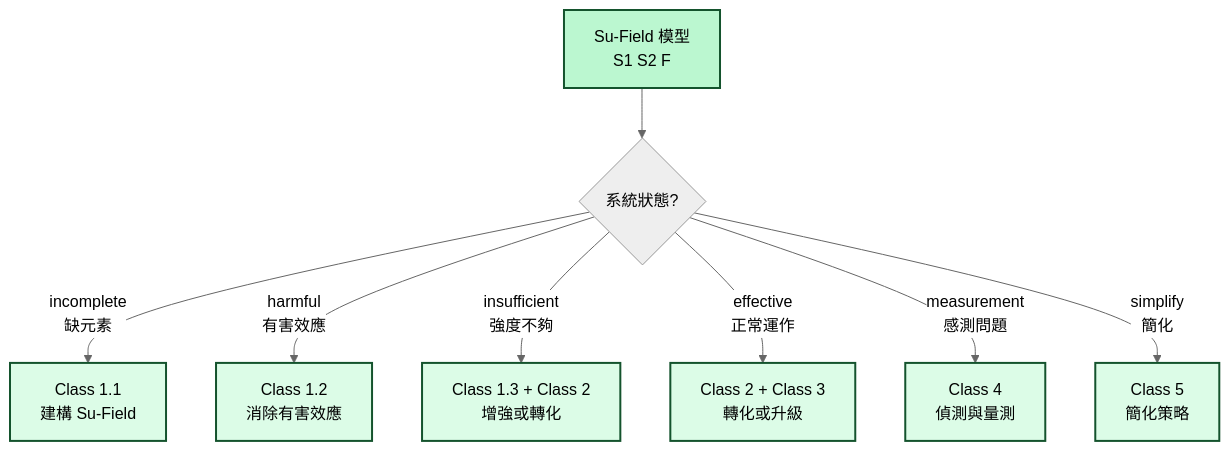
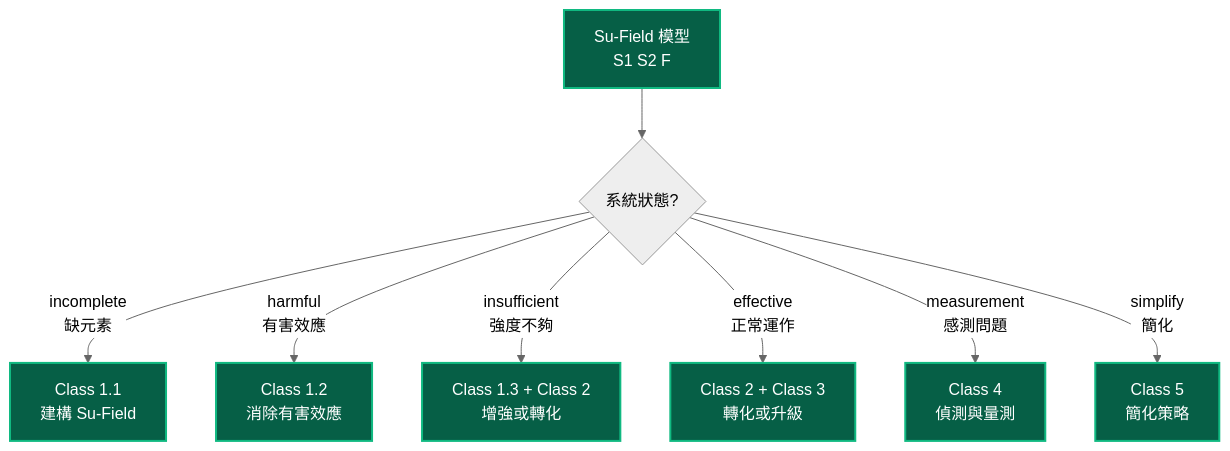
One commit to Zenobia0000/RD_copilot_system changed diagram 11 of 31 in docs/01-define/diagrams/appendix-b--forward-triz-solver.md. Above: the diagram before and after it, drawn with Mermaid. The commit also changed other lines of this file and 10 other files, not shown here.

First line of the commit message:
docs(diagrams): Gate 審計修復 + diagrams 缺失補齊 + Mermaid 暗色配色

````diff
--- a/docs/01-define/diagrams/appendix-b--forward-triz-solver.md
+++ b/docs/01-define/diagrams/appendix-b--forward-triz-solver.md
@@ -588,21 +588,21 @@
 ```mermaid
 %%{init: {'theme': 'neutral'}}%%
 graph TB
     SF[Su-Field 模型<br/>S1 S2 F]
 
     SF --> ST{系統狀態?}
     ST -->|incomplete<br/>缺元素| C1[Class 1.1<br/>建構 Su-Field]
     ST -->|harmful<br/>有害效應| C12[Class 1.2<br/>消除有害效應]
     ST -->|insufficient<br/>強度不夠| C13[Class 1.3 + Class 2<br/>增強或轉化]
     ST -->|effective<br/>正常運作| C23[Class 2 + Class 3<br/>轉化或升級]
     ST -->|measurement<br/>感測問題| C4[Class 4<br/>偵測與量測]
     ST -->|simplify<br/>簡化| C5[Class 5<br/>簡化策略]
 
-    style SF fill:#bbf7d0,stroke:#14532d,stroke-width:2px,color:#000
-    style C1 fill:#dcfce7,stroke:#14532d,stroke-width:2px,color:#000
-    style C12 fill:#dcfce7,stroke:#14532d,stroke-width:2px,color:#000
-    style C13 fill:#dcfce7,stroke:#14532d,stroke-width:2px,color:#000
-    style C23 fill:#dcfce7,stroke:#14532d,stroke-width:2px,color:#000
-    style C4 fill:#dcfce7,stroke:#14532d,stroke-width:2px,color:#000
-    style C5 fill:#dcfce7,stroke:#14532d,stroke-width:2px,color:#000
+    style SF fill:#065F46,color:#fff,stroke:#10B981,stroke-width:2px
+    style C1 fill:#065F46,color:#fff,stroke:#10B981,stroke-width:2px
+    style C12 fill:#065F46,color:#fff,stroke:#10B981,stroke-width:2px
+    style C13 fill:#065F46,color:#fff,stroke:#10B981,stroke-width:2px
+    style C23 fill:#065F46,color:#fff,stroke:#10B981,stroke-width:2px
+    style C4 fill:#065F46,color:#fff,stroke:#10B981,stroke-width:2px
+    style C5 fill:#065F46,color:#fff,stroke:#10B981,stroke-width:2px
 ```
````
